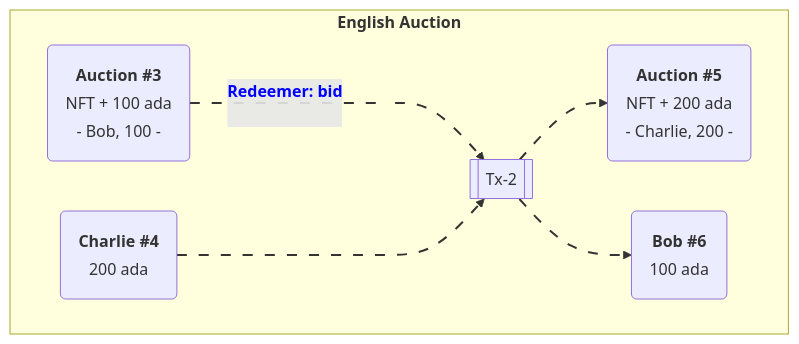
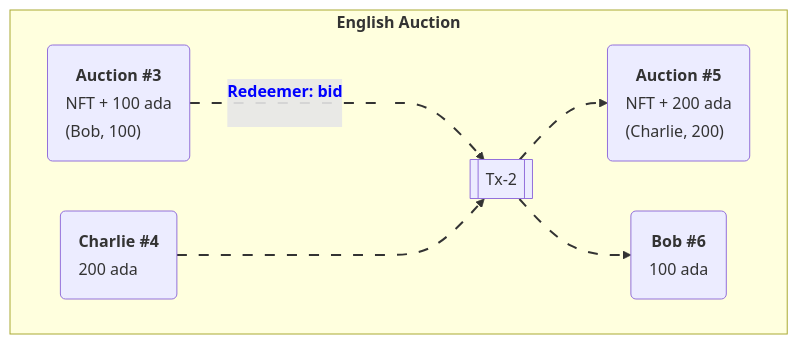
One commit to RalfWeiss/ergo-course-summary changed the third of 3 diagrams in cardano/week1-auction.md. Above: the diagram before and after it, drawn with Mermaid. The commit also changed other lines of this file and 11 other files, not shown here.

Commit message:
trying different flow

````diff
--- a/cardano/week1-auction.md
+++ b/cardano/week1-auction.md
@@ -105,35 +106,35 @@
 ```mermaid
 flowchart TD 
   subgraph TOP[<b>English Auction</b>]
   direction LR
 
     %% Defining invisible Connector
     C4(( )):::invisible
 
 
 
     %% Defining the Outputs 
-    U3( <table><tr><th>Auction #3</th></tr><tr><td>NFT + 100 ada<br /></td></tr><tr><td> - Bob, 100 - </td></tr></table> )
+    U3("<table><tr><th>Auction #3</th></tr><tr><td align='left'>NFT + 100 ada<br /></td></tr><tr><td align='left'>(Bob, 100)</td></tr></table>")
 
     %% Defining the Charlies UTxO
-    U4( <table><tr><th>Charlie #4</th></tr><tr><td>200 ada<br /></td></tr></table> )    
+    U4("<table><tr><th>Charlie #4</th></tr><tr><td align='left'>200 ada<br /></td></tr></table>")    
 
     %% Defining the Tx-2 and it's Input connections
     T2[[Tx-2]]
     U3 -- <p><b>Redeemer: bid</b><br/><br/></p> --- C4
     C4 --> T2    
     U4 ---> T2
 
     %% Defining the Outputs 
-    U5( <table><tr><th>Auction #5</th></tr><tr><td>NFT + 200 ada<br /></td></tr><tr><td> - Charlie, 200 - </td></tr></table> )
-    U6( <table><tr><th>Bob #6</th></tr><tr><td>100 ada<br /></td></tr></table> )
+    U5("<table><tr><th>Auction #5</th></tr><tr><td align='left'>NFT + 200 ada<br /></td></tr><tr><td align='left'>(Charlie, 200)</td></tr></table>")
+    U6("<table><tr><th>Bob #6</th></tr><tr><td>100 ada<br /></td></tr></table>")
 
     %% Connect Tx-2 with Outputs 
     T2 --> U5 & U6
 
 
     %% Defining Styles
     classDef invisible fill:none,stroke:none;
      linkStyle 0,1,2,3,4 stroke:#333,stroke-width:2px,color:blue,stroke-dasharray: 10 12;
   end
 ```
````
